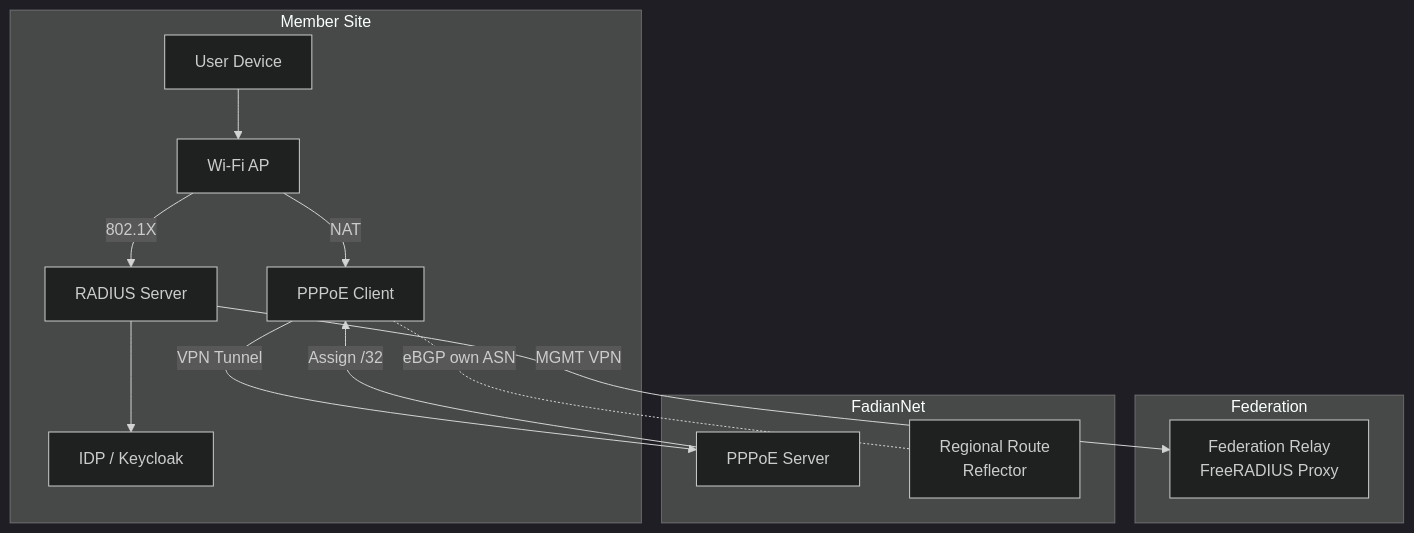
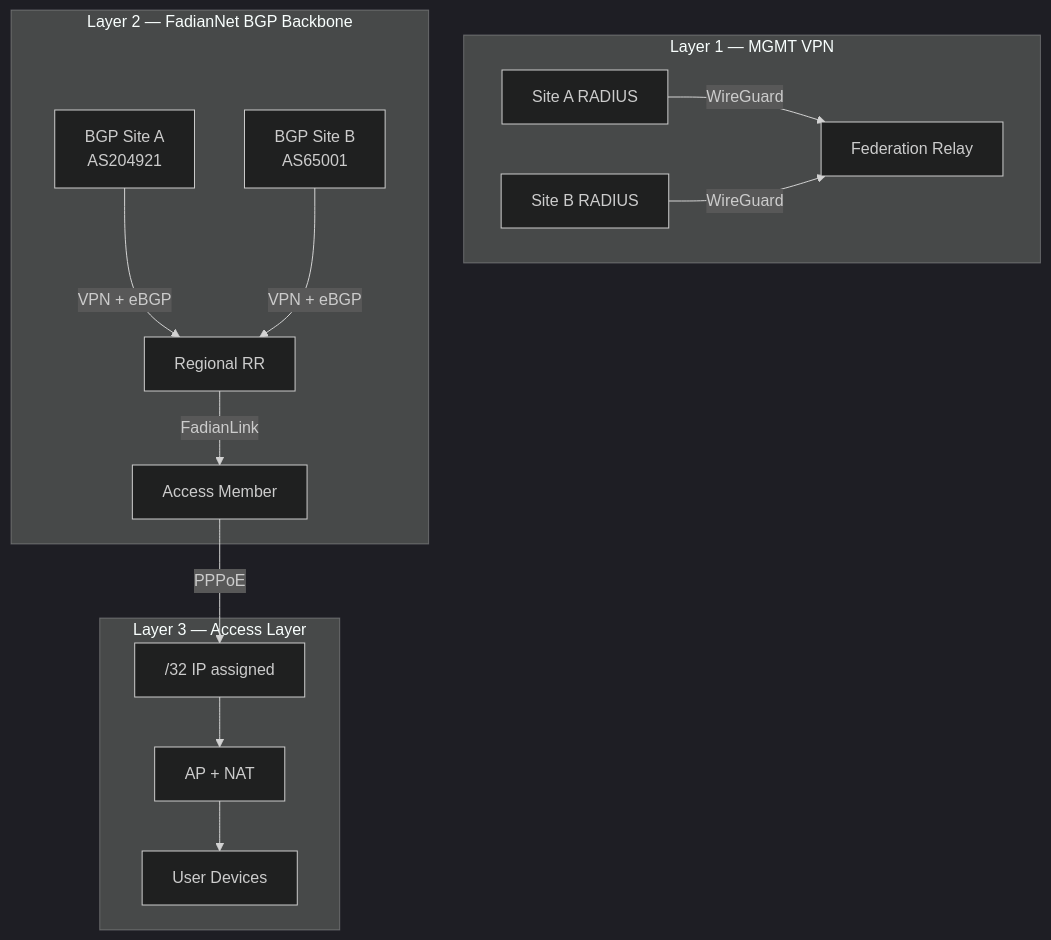
One commit to FadianRoam/fadianroam-blueprint changed the diagram in docs/architecture/overview.md. Above: the diagram before and after it, drawn with Mermaid (dark theme). The commit also changed other lines of this file and 2 other files, not shown here.

First line of the commit message:
Complete architecture redesign: 3 layers + FadianLink

````diff
--- a/docs/architecture/overview.md
+++ b/docs/architecture/overview.md
@@ -7,23 +7,19 @@
 ```mermaid
 graph TB
-    subgraph "Member Site"
-        USER[User Device] --> AP[Wi-Fi AP]
-        AP -->|802.1X| RADIUS[RADIUS Server]
-        RADIUS --> IDP[IDP / Keycloak]
-        AP -->|NAT| PPPOE_C[PPPoE Client]
+    subgraph "Layer 1 — MGMT VPN"
+        RADIUS_A[Site A RADIUS] -->|WireGuard| RELAY[Federation Relay]
+        RADIUS_B[Site B RADIUS] -->|WireGuard| RELAY
     end
 
-    subgraph "Federation"
-        RELAY[Federation Relay<br/>FreeRADIUS Proxy]
+    subgraph "Layer 2 — FadianNet BGP Backbone"
+        BGP_A[BGP Site A<br/>AS204921] -->|VPN + eBGP| RR[Regional RR]
+        BGP_B[BGP Site B<br/>AS65001] -->|VPN + eBGP| RR
+        RR -->|FadianLink| ACC[Access Member]
     end
 
-    subgraph "FadianNet"
-        PPPOE_S[PPPoE Server]
-        RR[Regional Route<br/>Reflector]
+    subgraph "Layer 3 — Access Layer"
+        ACC -->|PPPoE| IP["/32 IP assigned"]
+        IP --> NAT[AP + NAT]
+        NAT --> USERS[User Devices]
     end
-
-    RADIUS -- "MGMT VPN" --> RELAY
-    PPPOE_C -- "VPN Tunnel" --> PPPOE_S
-    PPPOE_S -- "Assign /32" --> PPPOE_C
-    PPPOE_C -.- |"eBGP own ASN"| RR
 ```
````
